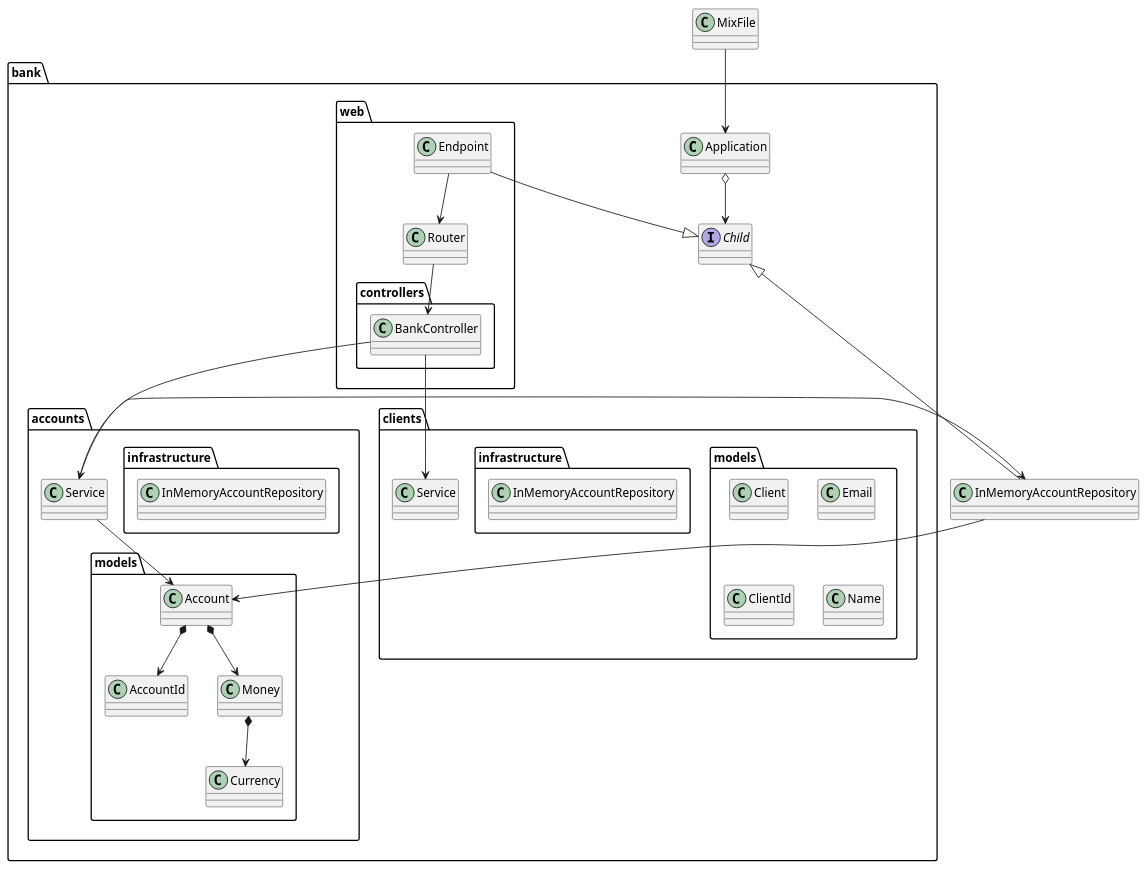
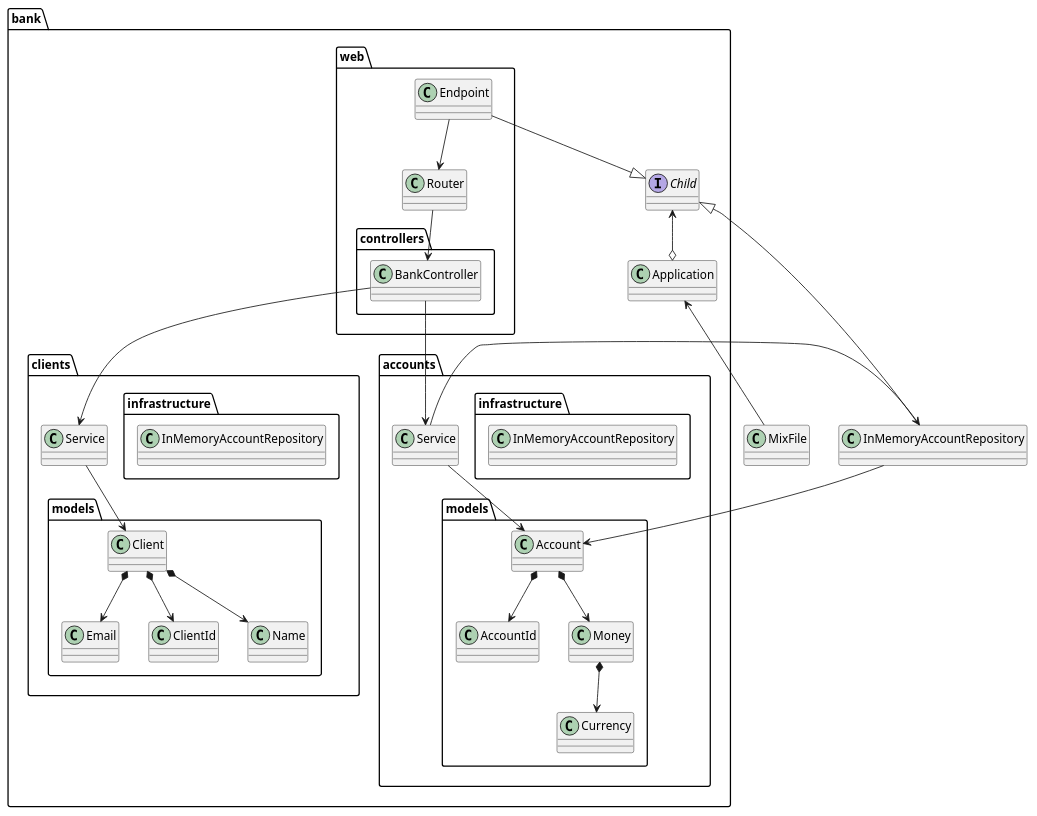
Before and after one commit to fraylopez/bank-elixir: the diagram in docs/src/architecture.puml, drawn with PlantUML.

Commit message:
docs: add client relations

```diff
--- a/docs/src/architecture.puml
+++ b/docs/src/architecture.puml
@@ -1,68 +1,73 @@
 @startuml Architecture
 
 class MixFile
 
 package bank {
   class Application
   interface Child
 
   package bank.accounts {
     class AccountsService as "Service"
 
     package bank.accounts.models as "models" {
       class Account
       class AccountId
       class Money
       class Currency
     }
 
     package infrastructure {
       class InMemoryAccountRepository
     }
   }
   package bank.clients {
     class ClientsService as "Service"
 
     package bank.clients.models as "models" {
       class Client
       class Email
       class ClientId
       class Name
     }
 
     package infrastructure {
       class InMemoryAccountRepository
     }
   }
 }
 
 package bank.web {
   class Endpoint
   class Router
   package bank.web.controllers as "controllers" {
     class BankController
   }
 }
 
-MixFile --> Application
-Application o--> Child
+MixFile -up-> Application
+Application o-up-> Child
 Endpoint --|> Child
 InMemoryAccountRepository --|> Child
 
 
 Endpoint --> Router
 Router --> BankController
 BankController --> AccountsService
 BankController --> ClientsService
 
 
 AccountsService --> InMemoryAccountRepository
 InMemoryAccountRepository --> Account
 AccountsService --> Account
 Account *--> AccountId
 Account *--> Money
 Money *--> Currency
 
+ClientsService --> Client
+Client *--> ClientId
+Client *--> Name
+Client *--> Email
+
 
 
 @enduml
```
